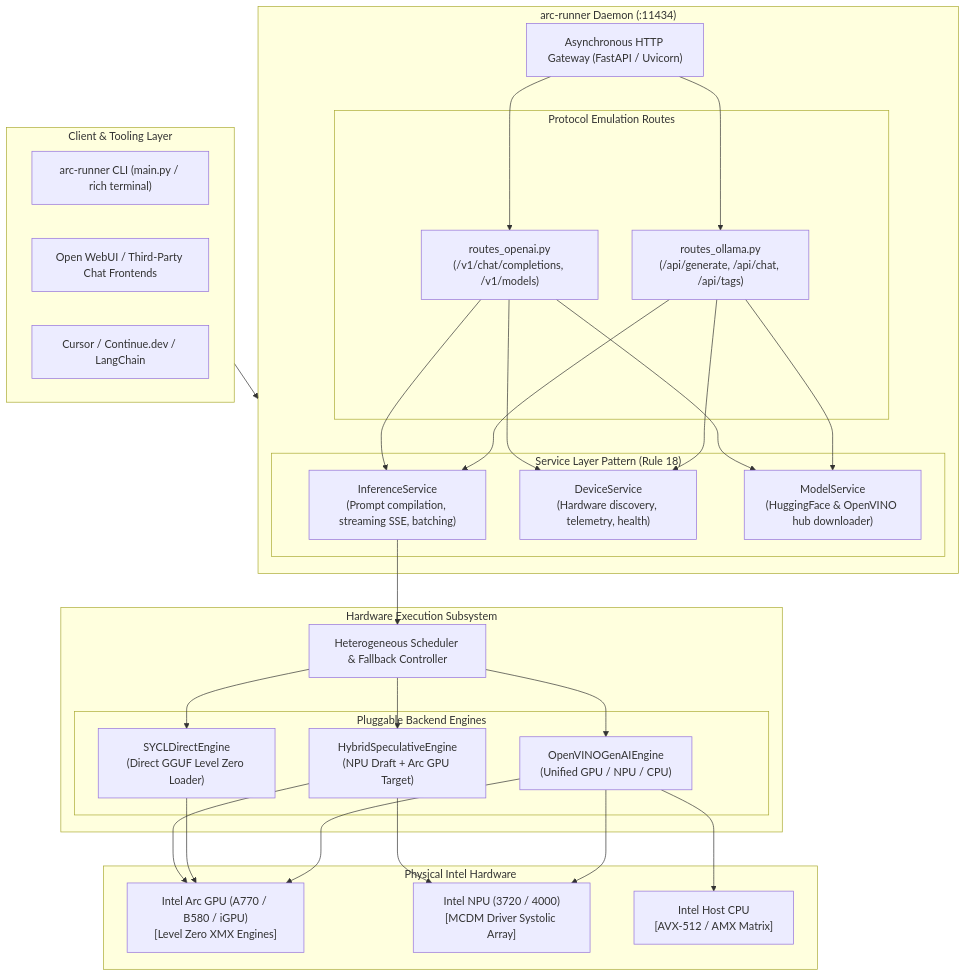
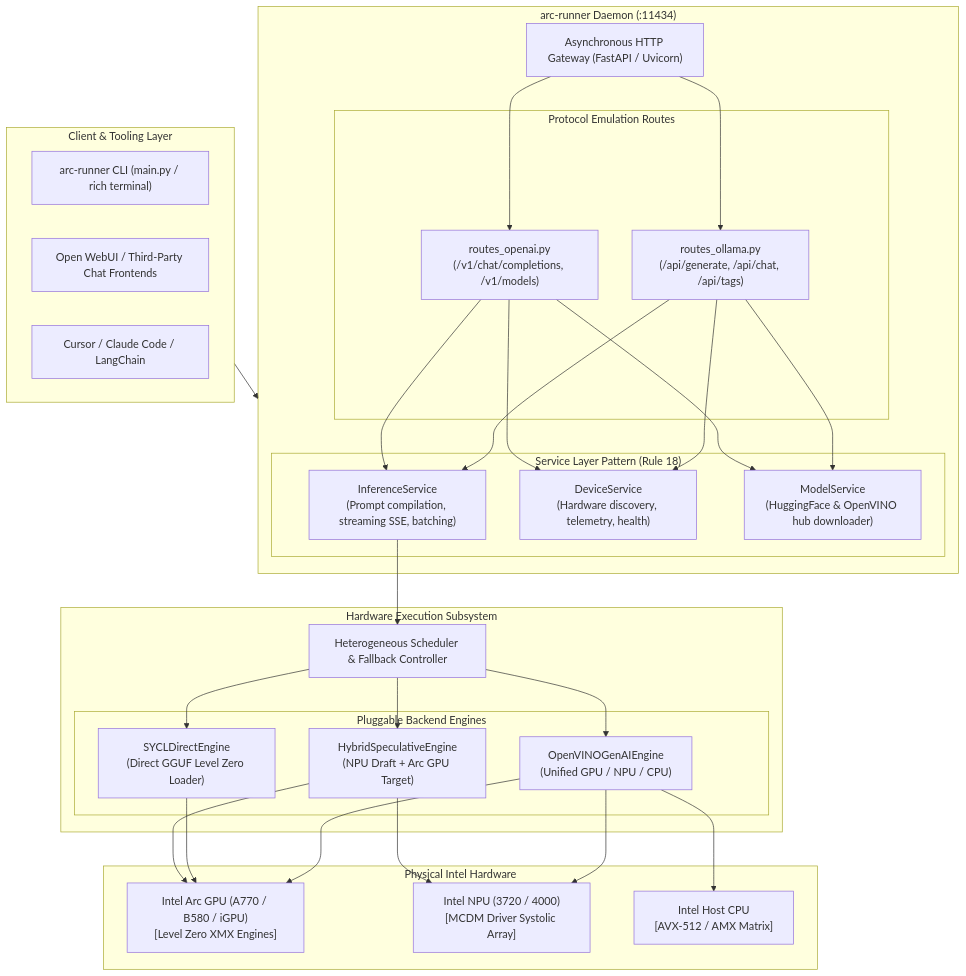
One commit to techdeveloper-org/intel-arc-models-runner changed the first of 4 diagrams in docs/research/03_our_mission_and_solution_blueprint.md. Above: the diagram before and after it, drawn with Mermaid. The commit also changed other lines of this file and 5 other files, not shown here.

Commit message:
docs: remove continue.dev suggestions across readme and guides

````diff
--- a/docs/research/03_our_mission_and_solution_blueprint.md
+++ b/docs/research/03_our_mission_and_solution_blueprint.md
@@ -20,51 +20,51 @@
 ```mermaid
 flowchart TD
     subgraph ClientSubsystem ["Client & Tooling Layer"]
         CLI["arc-runner CLI (main.py / rich terminal)"]
         WebUI["Open WebUI / Third-Party Chat Frontends"]
-        IDE["Cursor / Continue.dev / LangChain"]
+        IDE["Cursor / Claude Code / LangChain"]
     end
 
     subgraph DaemonSubsystem ["arc-runner Daemon (:11434)"]
         Router["Asynchronous HTTP Gateway (FastAPI / Uvicorn)"]
         
         subgraph APIRoutes ["Protocol Emulation Routes"]
             OllamaRoutes["routes_ollama.py\n(/api/generate, /api/chat, /api/tags)"]
             OpenAIRoutes["routes_openai.py\n(/v1/chat/completions, /v1/models)"]
         end
         
         subgraph ServiceLayer ["Service Layer Pattern (Rule 18)"]
             InferenceSvc["InferenceService\n(Prompt compilation, streaming SSE, batching)"]
             DeviceSvc["DeviceService\n(Hardware discovery, telemetry, health)"]
             ModelSvc["ModelService\n(HuggingFace & OpenVINO hub downloader)"]
         end
 
         Router --> OllamaRoutes & OpenAIRoutes
         OllamaRoutes & OpenAIRoutes --> InferenceSvc & DeviceSvc & ModelSvc
     end
 
     subgraph HardwareExecutionEngine ["Hardware Execution Subsystem"]
         Orchestrator["Heterogeneous Scheduler & Fallback Controller"]
         
         subgraph EngineAdapters ["Pluggable Backend Engines"]
             OVEngine["OpenVINOGenAIEngine\n(Unified GPU / NPU / CPU)"]
             SYCLEngine["SYCLDirectEngine\n(Direct GGUF Level Zero Loader)"]
             SpeculativeEngine["HybridSpeculativeEngine\n(NPU Draft + Arc GPU Target)"]
         end
 
         InferenceSvc --> Orchestrator
         Orchestrator --> OVEngine & SYCLEngine & SpeculativeEngine
     end
 
     subgraph SiliconLayer ["Physical Intel Hardware"]
         ArcGPU["Intel Arc GPU (A770 / B580 / iGPU)\n[Level Zero XMX Engines]"]
         IntelNPU["Intel NPU (3720 / 4000)\n[MCDM Driver Systolic Array]"]
         IntelCPU["Intel Host CPU\n[AVX-512 / AMX Matrix]"]
         
         OVEngine --> ArcGPU & IntelNPU & IntelCPU
         SYCLEngine --> ArcGPU
         SpeculativeEngine --> ArcGPU & IntelNPU
     end
 
     ClientSubsystem --> DaemonSubsystem
 ```
````
